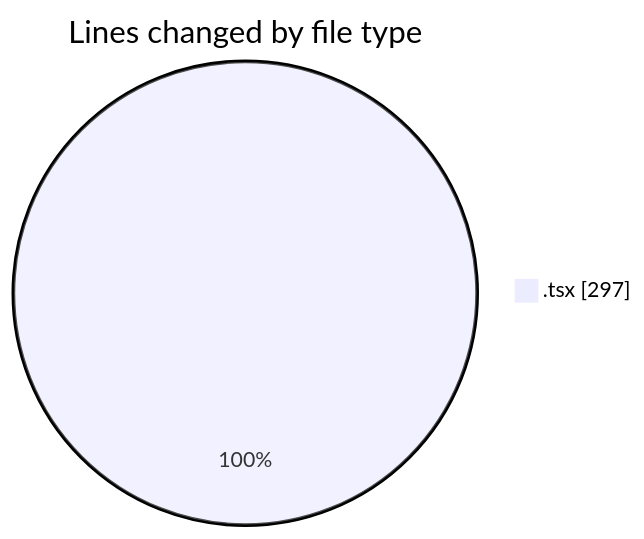
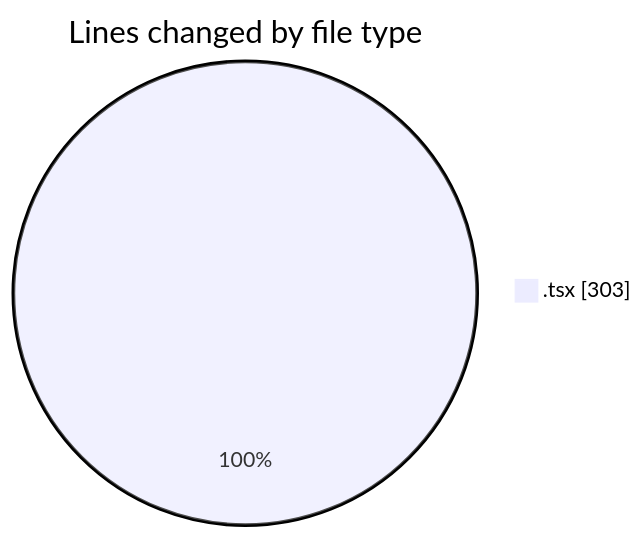
One commit to Ritupan-Deka/code-tracking changed the first of 2 diagrams in 2025-10-19/scopecraft/README.md. Above: the diagram before and after it, drawn with Mermaid. The commit also changed other lines of this file and 1 other file, not shown here.

````diff
--- a/2025-10-19/scopecraft/README.md
+++ b/2025-10-19/scopecraft/README.md
@@ -23,5 +23,5 @@
 ```mermaid
 pie showData
 title Lines changed by file type
-".tsx" : 297
+".tsx" : 303
 ```
````
